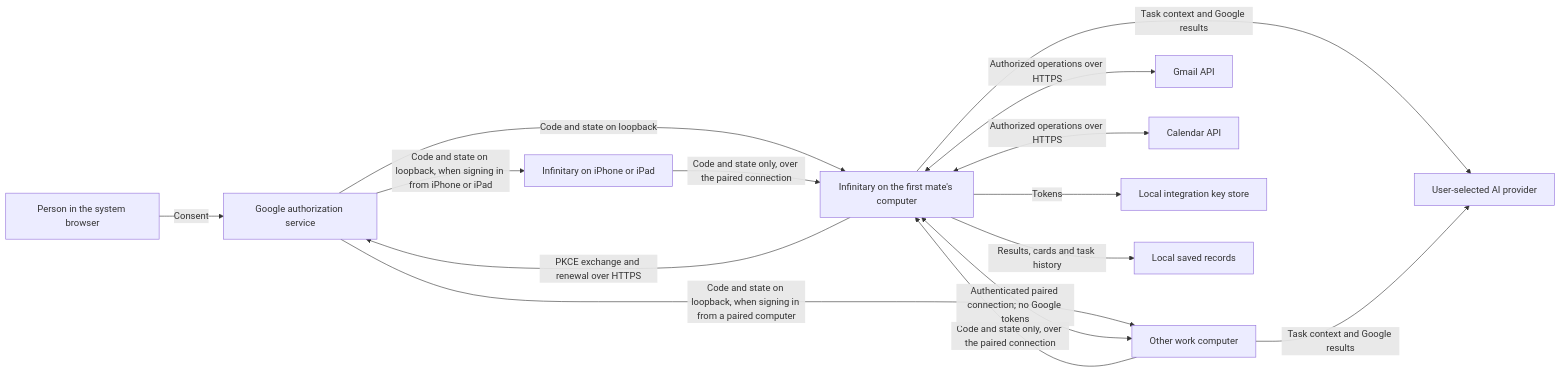
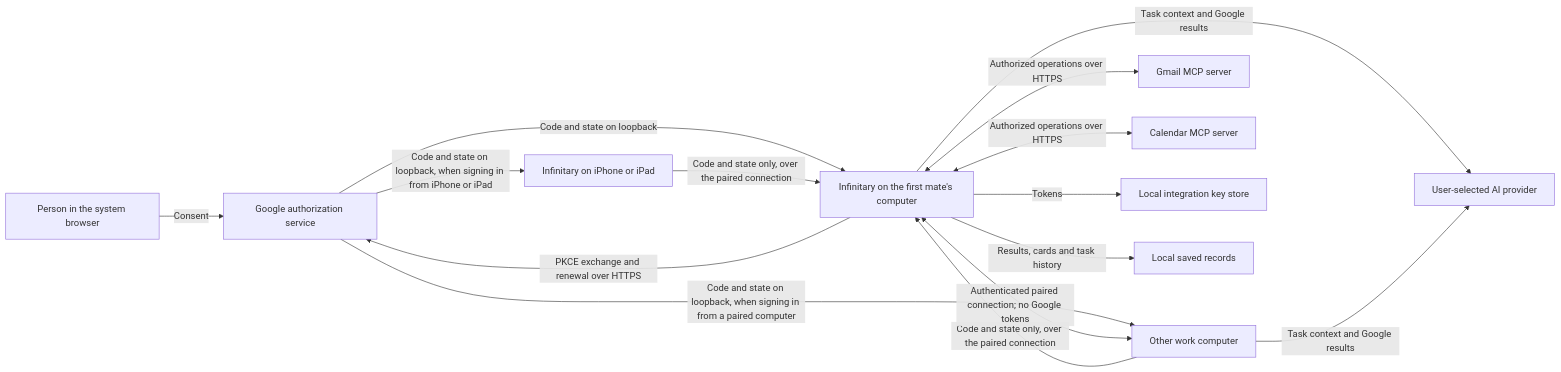
The diagram in docs/google-verification.md (infinitary-labs/infinitary-apps), drawn with Mermaid before and after one commit. The commit also changed other lines of this file and 118 other files, not shown here.

First line of the commit message:
feat(integrations): reach Gmail and Calendar through Google's MCP servers

````diff
--- a/docs/google-verification.md
+++ b/docs/google-verification.md
@@ -16,17 +16,17 @@
 ```mermaid
 flowchart LR
   Person[Person in the system browser] -->|Consent| Google[Google authorization service]
   Google -->|Code and state on loopback| Home[Infinitary on the first mate's computer]
   Google -->|Code and state on loopback, when signing in from a paired computer| Computer
   Computer -->|Code and state only, over the paired connection| Home
   Google -->|Code and state on loopback, when signing in from iPhone or iPad| Phone[Infinitary on iPhone or iPad]
   Phone -->|Code and state only, over the paired connection| Home
   Home -->|PKCE exchange and renewal over HTTPS| Google
-  Home <-->|Authorized operations over HTTPS| Gmail[Gmail API]
-  Home <-->|Authorized operations over HTTPS| Calendar[Calendar API]
+  Home <-->|Authorized operations over HTTPS| Gmail[Gmail MCP server]
+  Home <-->|Authorized operations over HTTPS| Calendar[Calendar MCP server]
   Home -->|Tokens| Keys[Local integration key store]
   Home -->|Results, cards and task history| Records[Local saved records]
   Home <-->|Authenticated paired connection; no Google tokens| Computer[Other work computer]
   Home -->|Task context and Google results| Models[User-selected AI provider]
   Computer -->|Task context and Google results| Models
 ```
````
